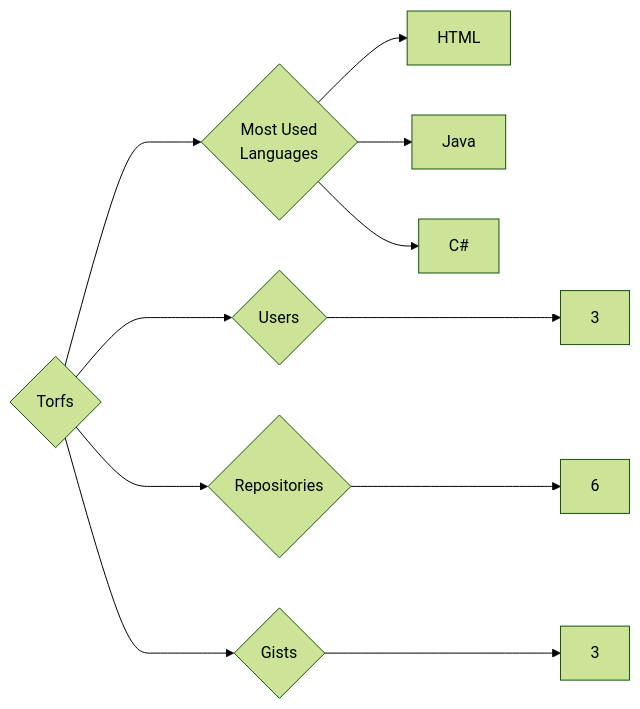
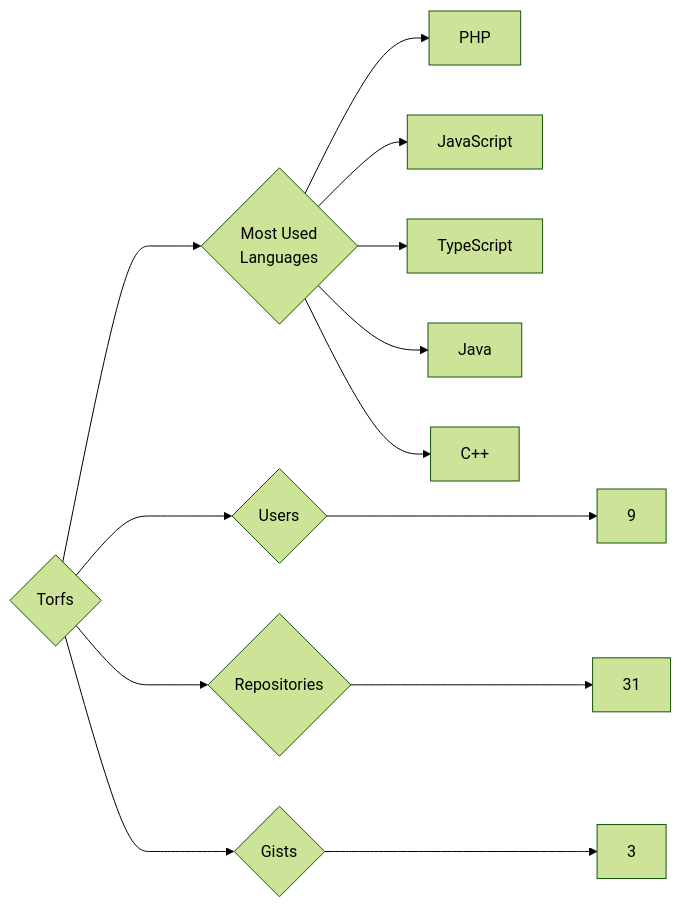
Before and after one commit to trickest/insiders: the diagram in targets/Torfs/README.md, drawn with Mermaid (forest theme). The commit also changed 871 other files, not shown here.

````diff
--- a/targets/Torfs/README.md
+++ b/targets/Torfs/README.md
@@ -3,11 +3,13 @@
 ```mermaid
 graph LR
 COMPANY_NAME{Torfs}
-COMPANY_NAME ---> U{Users} ---> UN[3]
-COMPANY_NAME ---> R{Repositories} ---> RN[6]
+COMPANY_NAME ---> U{Users} ---> UN[9]
+COMPANY_NAME ---> R{Repositories} ---> RN[31]
 COMPANY_NAME ---> G{Gists} ---> GN[3]
 COMPANY_NAME ---> ML{Most Used<br>Languages}
-ML --> HTML[HTML]
+ML --> PHP[PHP]
+ML --> JavaScript[JavaScript]
+ML --> TypeScript[TypeScript]
 ML --> Java[Java]
-ML --> C#[C#]
+ML --> C++[C++]
 ```
````
